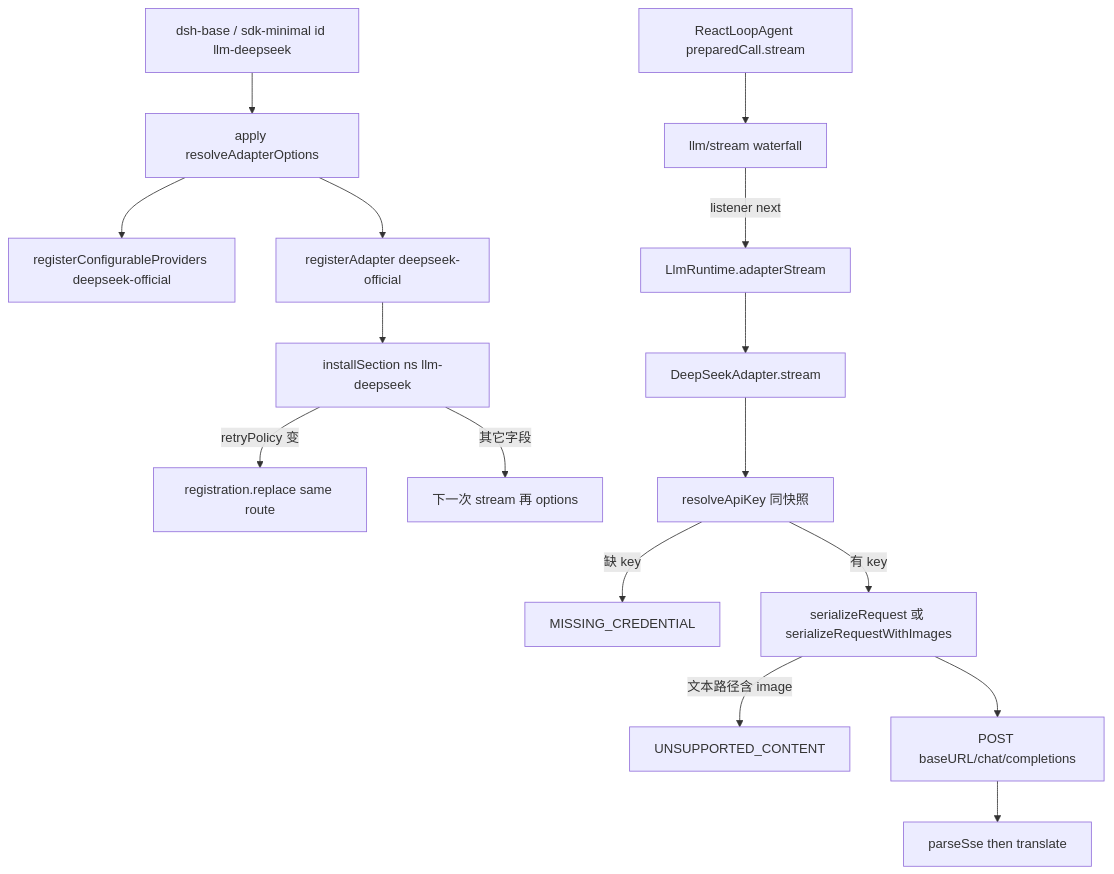
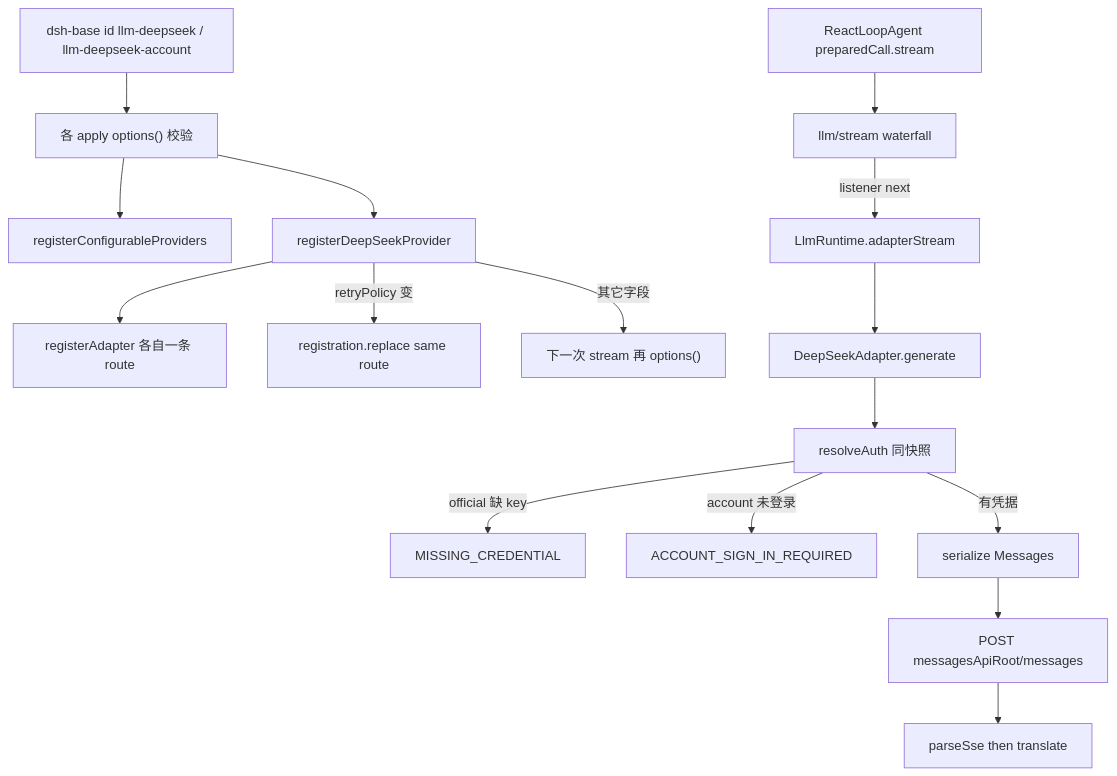
Before and after one commit to wdnmdtonyma/SOTA-Agent-LLM-Wiki: the diagram in docs/llm-wiki/deepseek-harness/subsystems/llm/deepseek.md, drawn with Mermaid. The commit also changed other lines of this file and 237 other files, not shown here.

````diff
--- a/docs/llm-wiki/deepseek-harness/subsystems/llm/deepseek.md
+++ b/docs/llm-wiki/deepseek-harness/subsystems/llm/deepseek.md
@@ -132,18 +167,18 @@
 ```mermaid
 flowchart TD
-  Base["dsh-base / sdk-minimal id llm-deepseek"] --> Apply["apply resolveAdapterOptions"]
-  Apply --> Dir["registerConfigurableProviders deepseek-official"]
-  Apply --> Reg["registerAdapter deepseek-official"]
-  Reg --> Settings["installSection ns llm-deepseek"]
-  Settings -->|retryPolicy 变| Replace["registration.replace same route"]
-  Settings -->|其它字段| NextReq["下一次 stream 再 options"]
+  Base["dsh-base id llm-deepseek / llm-deepseek-account"] --> Apply["各 apply options() 校验"]
+  Apply --> Dir["registerConfigurableProviders"]
+  Apply --> Host["registerDeepSeekProvider"]
+  Host --> Reg["registerAdapter 各自一条 route"]
+  Host -->|retryPolicy 变| Replace["registration.replace same route"]
+  Host -->|其它字段| NextReq["下一次 stream 再 options()"]
   Loop["ReactLoopAgent preparedCall.stream"] --> WF["llm/stream waterfall"]
   WF -->|listener next| AdapterStream["LlmRuntime.adapterStream"]
-  AdapterStream --> DS["DeepSeekAdapter.stream"]
-  DS --> Key["resolveApiKey 同快照"]
-  Key -->|缺 key| Miss["MISSING_CREDENTIAL"]
-  Key -->|有 key| Ser["serializeRequest 或 serializeRequestWithImages"]
-  Ser -->|文本路径含 image| Reject["UNSUPPORTED_CONTENT"]
-  Ser --> Fetch["POST baseURL/chat/completions"]
+  AdapterStream --> DS["DeepSeekAdapter.generate"]
+  DS --> Auth["resolveAuth 同快照"]
+  Auth -->|official 缺 key| Miss["MISSING_CREDENTIAL"]
+  Auth -->|account 未登录| Sign["ACCOUNT_SIGN_IN_REQUIRED"]
+  Auth -->|有凭据| Ser["serialize Messages"]
+  Ser --> Fetch["POST messagesApiRoot/messages"]
   Fetch --> SSE["parseSse then translate"]
 ```
````
